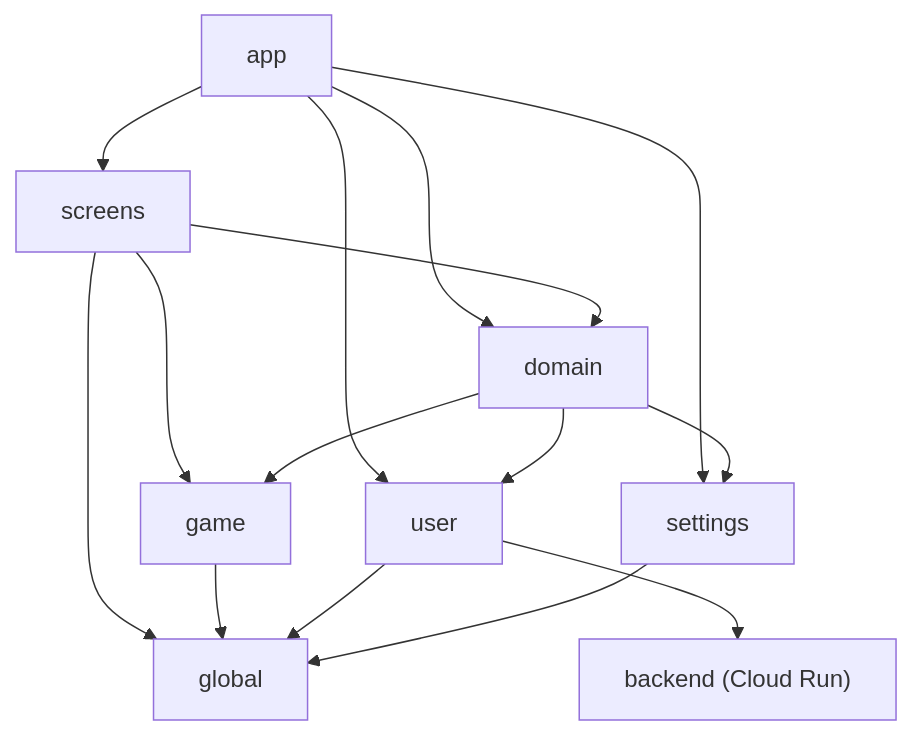
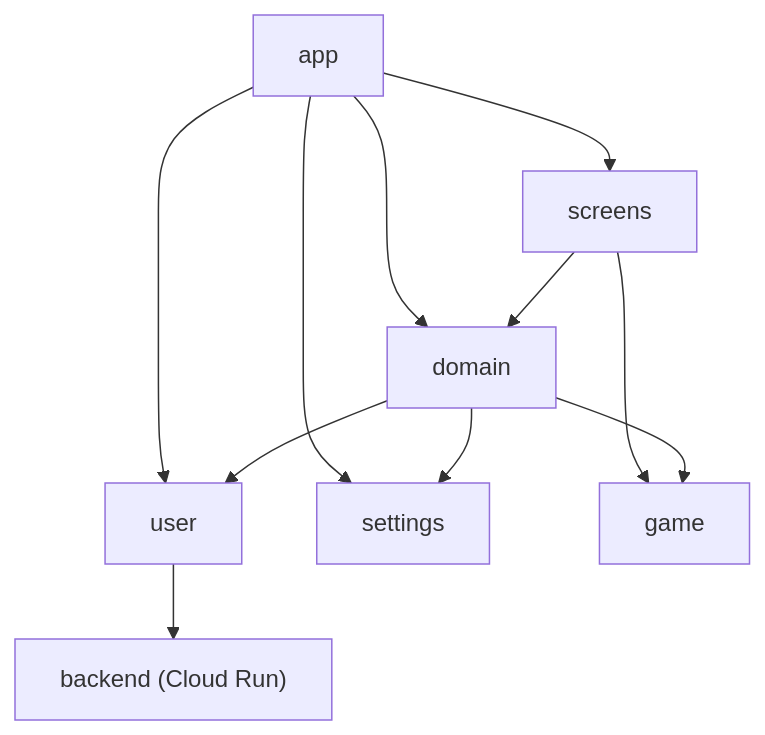
One commit to paulcraciunas/ChessGym changed the diagram in README.md. Above: the diagram before and after it, drawn with Mermaid. The commit also changed 8 other files, not shown here.

````diff
--- a/README.md
+++ b/README.md
@@ -54,21 +54,16 @@
 ```mermaid
 graph TD
     App[app] --> Screens[screens]
     App --> Domain[domain]
     App --> User[user]
     App --> Settings[settings]
 
     Screens --> Domain
     Screens --> Game[game]
-    Screens --> Global[global]
 
     Domain --> Game
     Domain --> User
     Domain --> Settings
 
-    Game --> Global
-    User --> Global
-    Settings --> Global
-
     User --> Backend["backend (Cloud Run)"]
 ```
````
